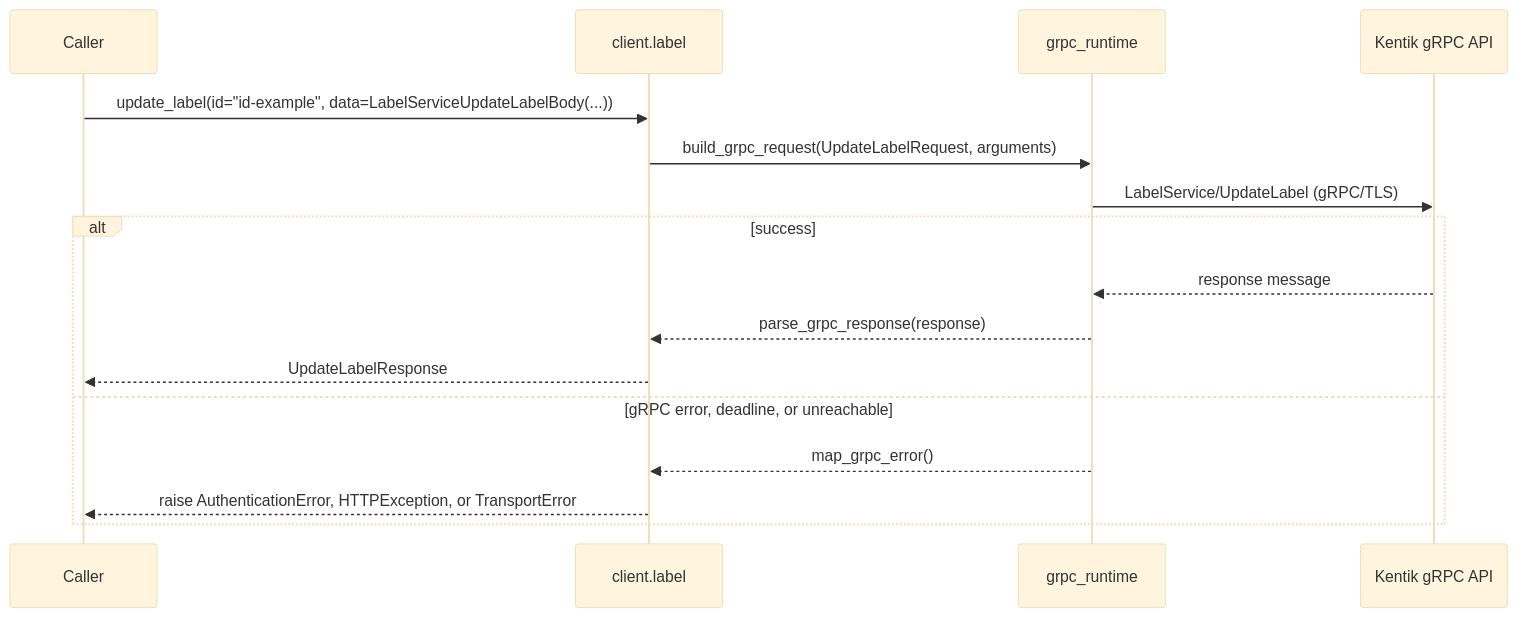
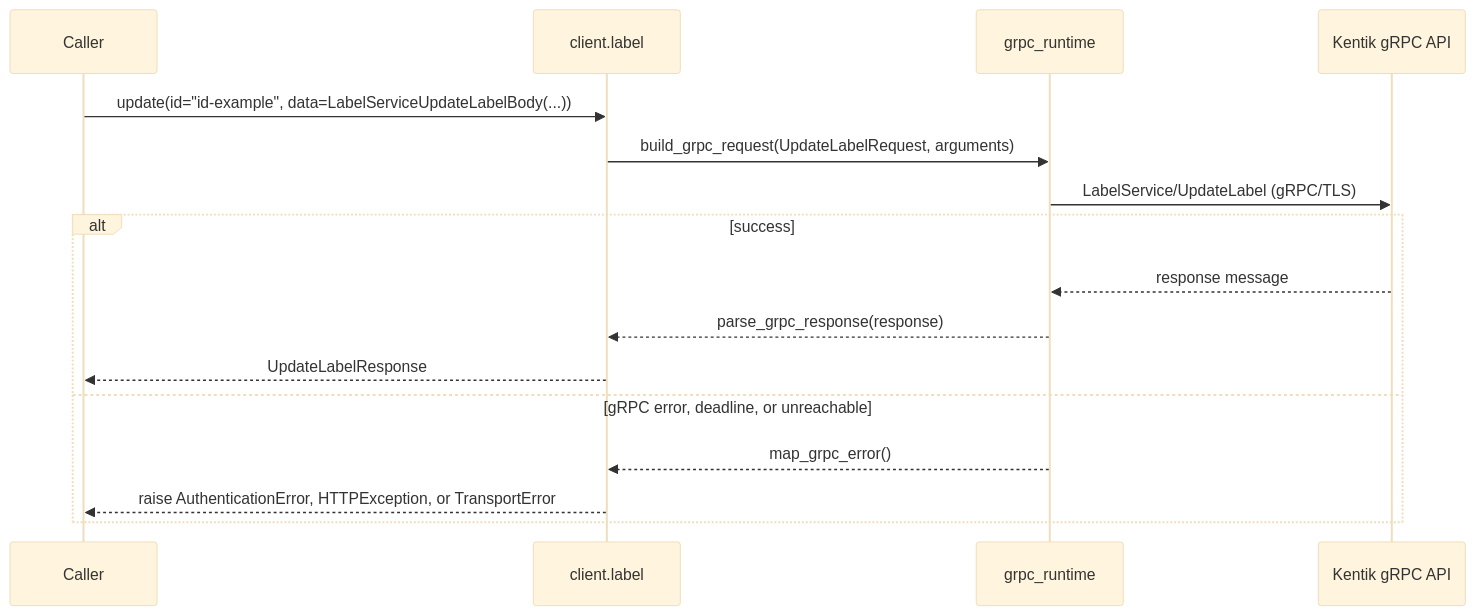
Before and after one commit to alexdearaujo/community_sdk_python: the seventh of 10 diagrams in docs/sphinx/services/label.md, drawn with Mermaid (base theme). The commit also changed other lines of this file and 119 other files, not shown here.

````diff
--- a/docs/sphinx/services/label.md
+++ b/docs/sphinx/services/label.md
@@ -204,19 +204,19 @@
 ```mermaid
 sequenceDiagram
     participant C as Caller
     participant W as client.label
     participant R as grpc_runtime
     participant API as Kentik gRPC API
 
-    C->>W: update_label(id="id-example", data=LabelServiceUpdateLabelBody(...))
+    C->>W: update(id="id-example", data=LabelServiceUpdateLabelBody(...))
     W->>R: build_grpc_request(UpdateLabelRequest, arguments)
     R->>API: LabelService/UpdateLabel (gRPC/TLS)
     alt success
         API-->>R: response message
         R-->>W: parse_grpc_response(response)
         W-->>C: UpdateLabelResponse
     else gRPC error, deadline, or unreachable
         R-->>W: map_grpc_error()
         W-->>C: raise AuthenticationError, HTTPException, or TransportError
     end
 ```
````
